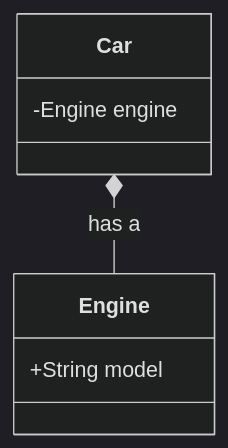
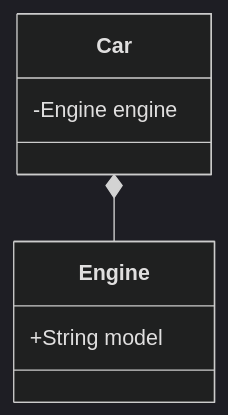
One commit to sl4shuur/obs-notes-digitalgarden changed the diagram in src/site/notes/hello.md. Above: the diagram before and after it, drawn with Mermaid (dark theme). The commit also changed other lines of this file, not shown here.

Commit message:
Update content src/site/notes/hello.md

````diff
--- a/src/site/notes/hello.md
+++ b/src/site/notes/hello.md
@@ -10,11 +10,11 @@
 ```mermaid
 classDiagram
-    Car *-- Engine : has a
+    Car *-- Engine
 
     class Engine{
         +String model
     }
     class Car{
         -Engine engine
     }
 ```
````
